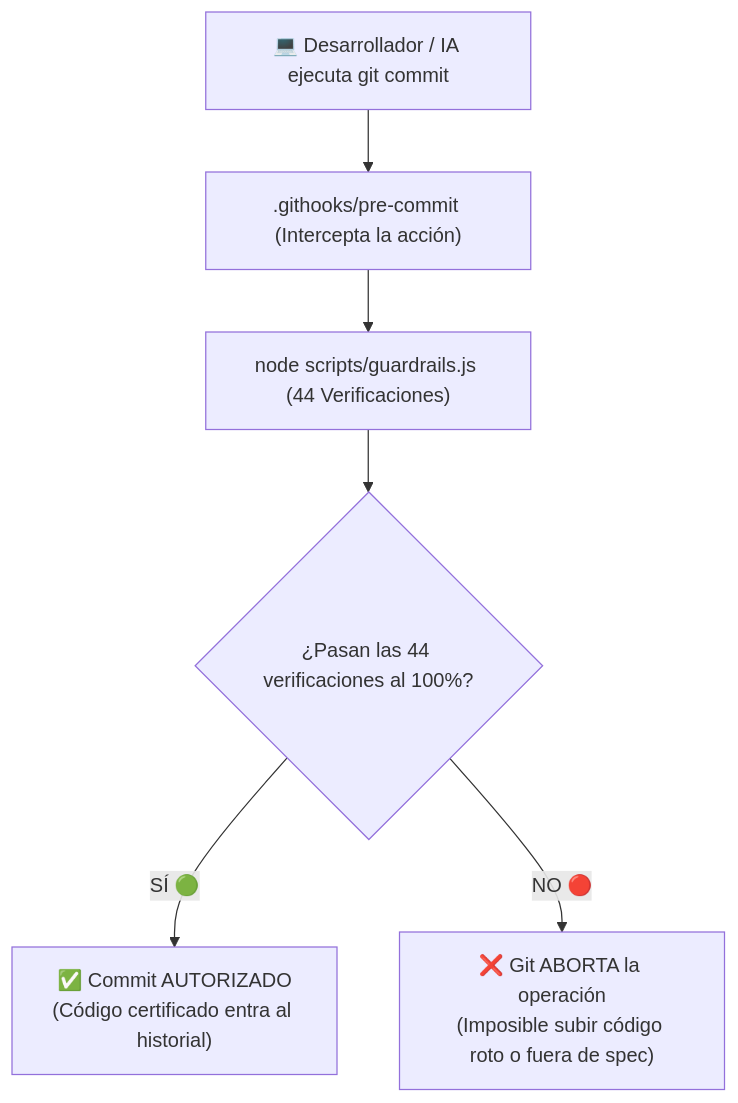
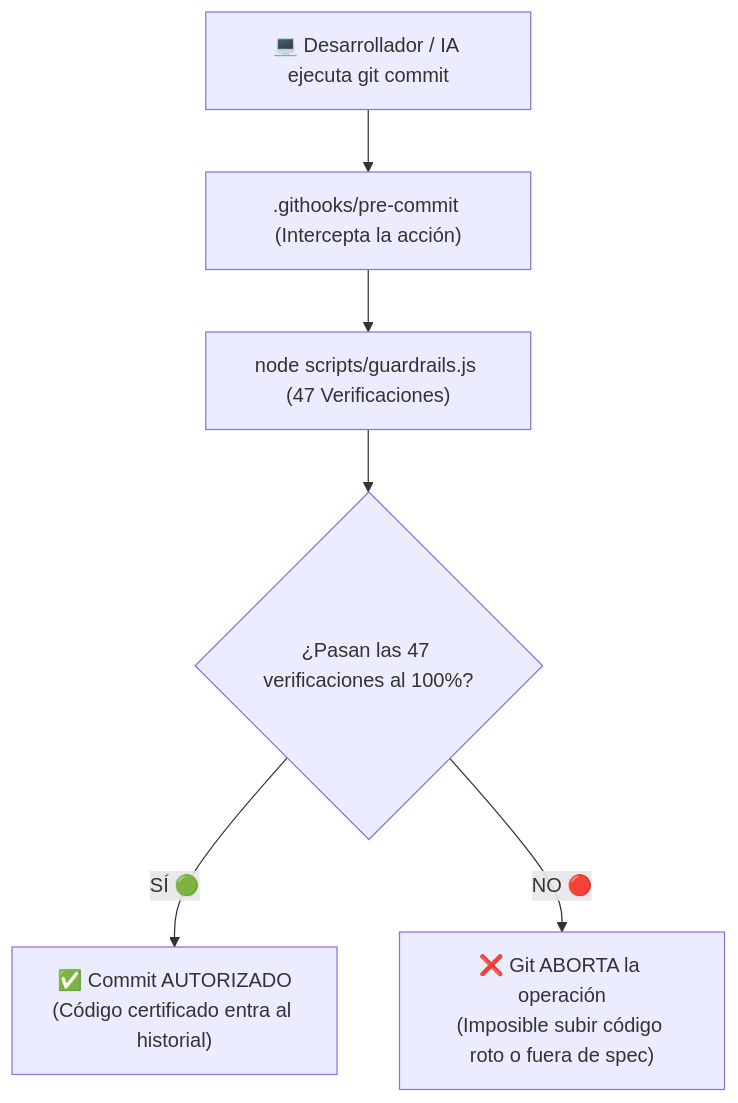
One commit to producciongespro/Antigravity-sdd changed the tenth of 12 diagrams in info-docs/GUIA_MAESTRA_SDD_AGENTES_ARNESES.md. Above: the diagram before and after it, drawn with Mermaid. The commit also changed other lines of this file and 2 other files, not shown here.

````diff
--- a/info-docs/GUIA_MAESTRA_SDD_AGENTES_ARNESES.md
+++ b/info-docs/GUIA_MAESTRA_SDD_AGENTES_ARNESES.md
@@ -380,8 +387,8 @@
 ```mermaid
 flowchart TD
     GIT_COMMIT["💻 Desarrollador / IA ejecuta git commit"] --> HOOK[".githooks/pre-commit (Intercepta la acción)"]
-    HOOK --> RUN_GUARDRAILS["node scripts/guardrails.js (44 Verificaciones)"]
-    RUN_GUARDRAILS --> EVAL{¿Pasan las 44 verificaciones al 100%?}
+    HOOK --> RUN_GUARDRAILS["node scripts/guardrails.js (47 Verificaciones)"]
+    RUN_GUARDRAILS --> EVAL{¿Pasan las 47 verificaciones al 100%?}
     EVAL -- SÍ 🟢 --> ALLOW["✅ Commit AUTORIZADO\n(Código certificado entra al historial)"]
     EVAL -- NO 🔴 --> ABORT["❌ Git ABORTA la operación\n(Imposible subir código roto o fuera de spec)"]
 ```
````
